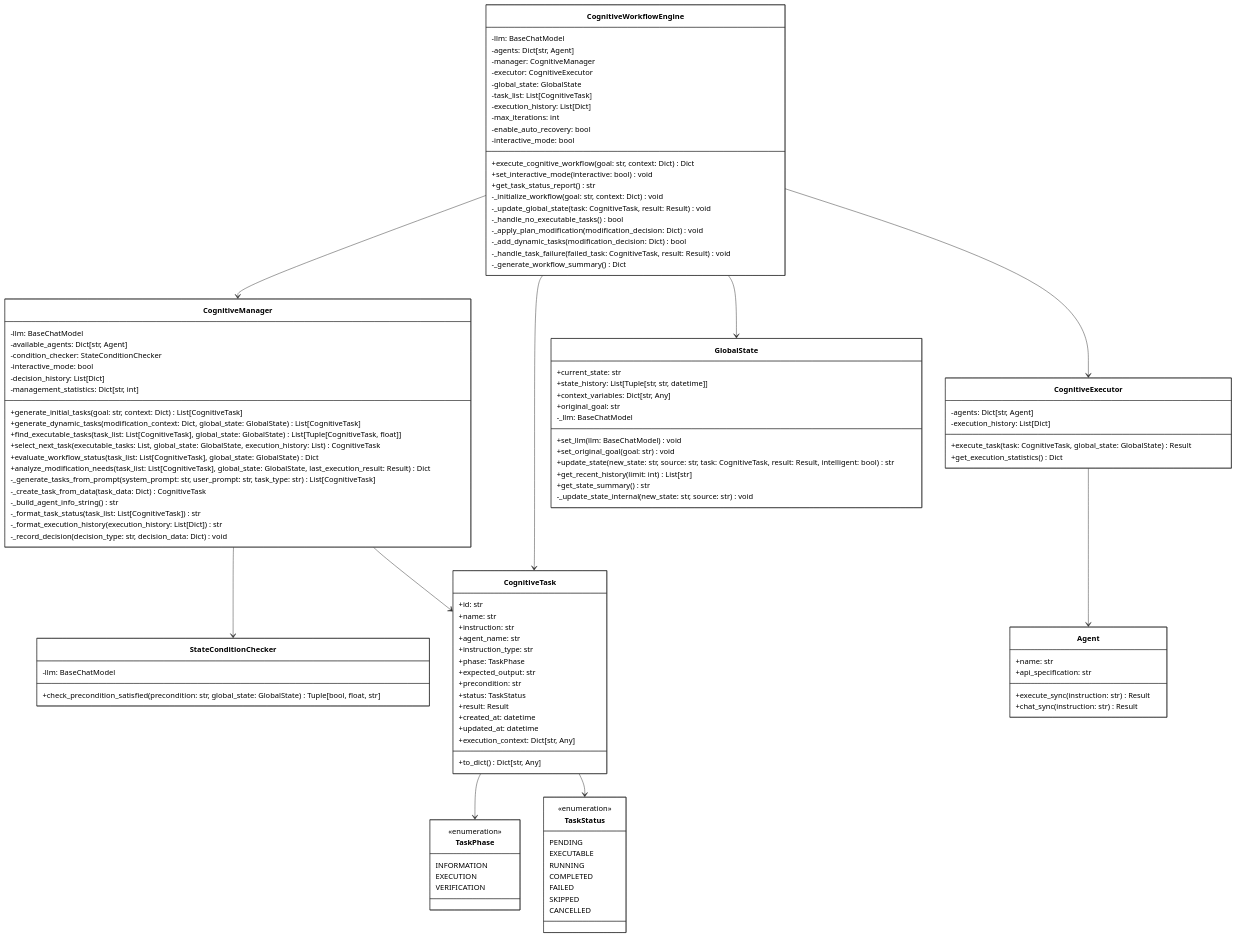
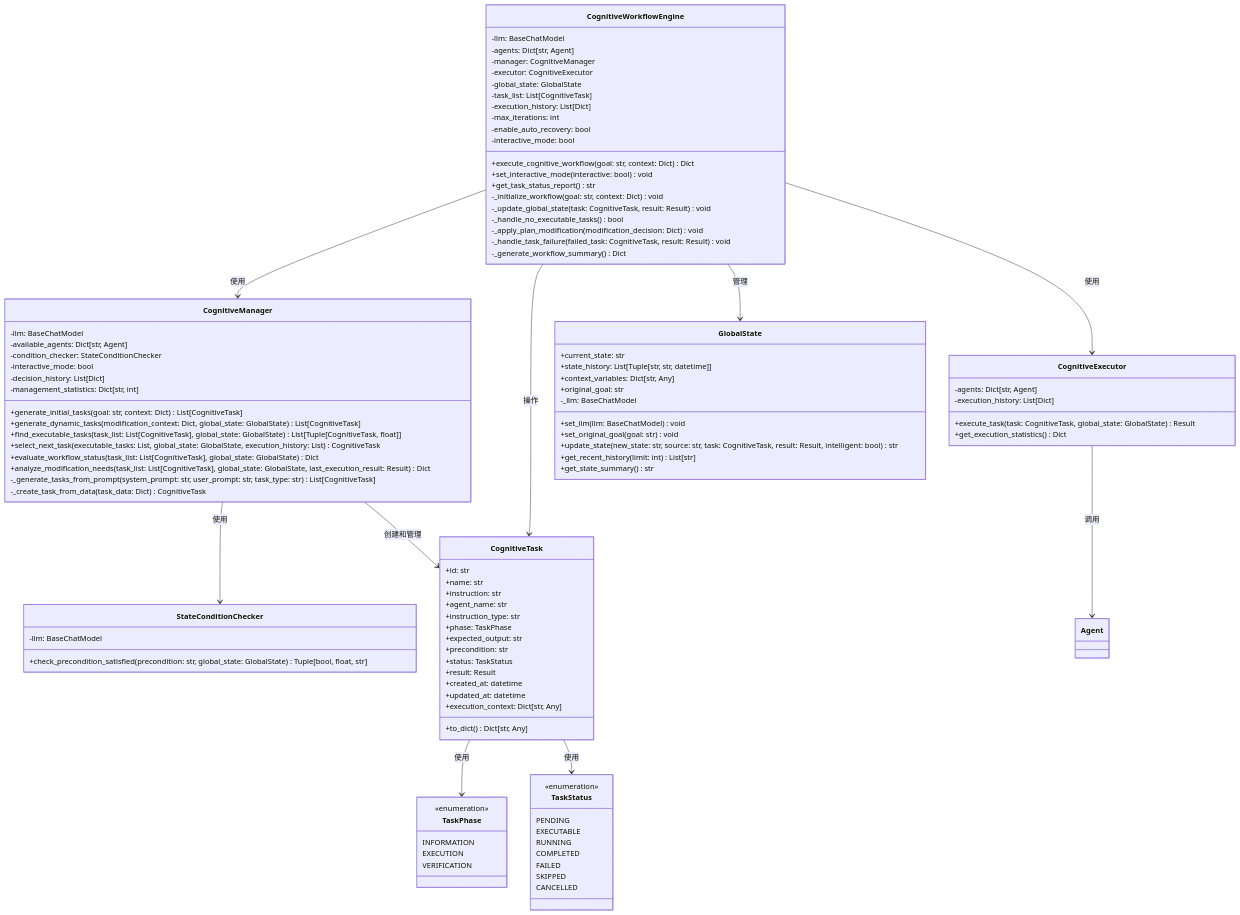
One commit to guci314/AgentFramework changed the fifth of 9 diagrams in CognitiveWorkflow/认知工作流系统架构文档.md. Above: the diagram before and after it, drawn with Mermaid. The commit also changed other lines of this file and 745 other files, not shown here.

````diff
--- a/CognitiveWorkflow/认知工作流系统架构文档.md
+++ b/CognitiveWorkflow/认知工作流系统架构文档.md
@@ -91,5 +417,4 @@
 ```mermaid
-%%{init: {'theme': 'base', 'themeVariables': { 'primaryColor': '#ffffff', 'primaryTextColor': '#000000', 'primaryBorderColor': '#333333', 'lineColor': '#333333', 'secondaryColor': '#f8f9fa', 'tertiaryColor': '#ffffff', 'background': '#ffffff', 'mainBkg': '#ffffff', 'secondBkg': '#f8f9fa', 'tertiaryBkg': '#ffffff'}}}%%
 classDiagram
     class CognitiveWorkflowEngine {
         -llm: BaseChatModel
@@ -110,7 +435,6 @@
         -_update_global_state(task: CognitiveTask, result: Result) void
         -_handle_no_executable_tasks() bool
         -_apply_plan_modification(modification_decision: Dict) void
-        -_add_dynamic_tasks(modification_decision: Dict) bool
         -_handle_task_failure(failed_task: CognitiveTask, result: Result) void
         -_generate_workflow_summary() Dict
     }
@@ -131,10 +455,6 @@
         +analyze_modification_needs(task_list: List[CognitiveTask], global_state: GlobalState, last_execution_result: Result) Dict
         -_generate_tasks_from_prompt(system_prompt: str, user_prompt: str, task_type: str) List[CognitiveTask]
         -_create_task_from_data(task_data: Dict) CognitiveTask
-        -_build_agent_info_string() str
-        -_format_task_status(task_list: List[CognitiveTask]) str
-        -_format_execution_history(execution_history: List[Dict]) str
-        -_record_decision(decision_type: str, decision_data: Dict) void
     }
     
     class CognitiveExecutor {
@@ -163,7 +483,6 @@
         +update_state(new_state: str, source: str, task: CognitiveTask, result: Result, intelligent: bool) str
         +get_recent_history(limit: int) List[str]
         +get_state_summary() str
-        -_update_state_internal(new_state: str, source: str) void
     }
     
     class CognitiveTask {
@@ -202,21 +521,13 @@
         CANCELLED
     }
     
-    class Agent {
-        +name: str
-        +api_specification: str
-        
-        +execute_sync(instruction: str) Result
-        +chat_sync(instruction: str) Result
-    }
-    
-    CognitiveWorkflowEngine --> CognitiveManager
-    CognitiveWorkflowEngine --> CognitiveExecutor
-    CognitiveWorkflowEngine --> GlobalState
-    CognitiveWorkflowEngine --> CognitiveTask
-    CognitiveManager --> StateConditionChecker
-    CognitiveManager --> CognitiveTask
-    CognitiveExecutor --> Agent
-    CognitiveTask --> TaskPhase
-    CognitiveTask --> TaskStatus
+    CognitiveWorkflowEngine --> CognitiveManager : 使用
+    CognitiveWorkflowEngine --> CognitiveExecutor : 使用
+    CognitiveWorkflowEngine --> GlobalState : 管理
+    CognitiveWorkflowEngine --> CognitiveTask : 操作
+    CognitiveManager --> StateConditionChecker : 使用
+    CognitiveManager --> CognitiveTask : 创建和管理
+    CognitiveExecutor --> Agent : 调用
+    CognitiveTask --> TaskPhase : 使用
+    CognitiveTask --> TaskStatus : 使用
 ```
````
